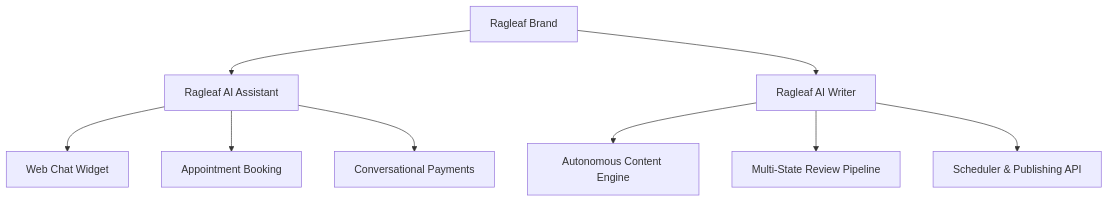
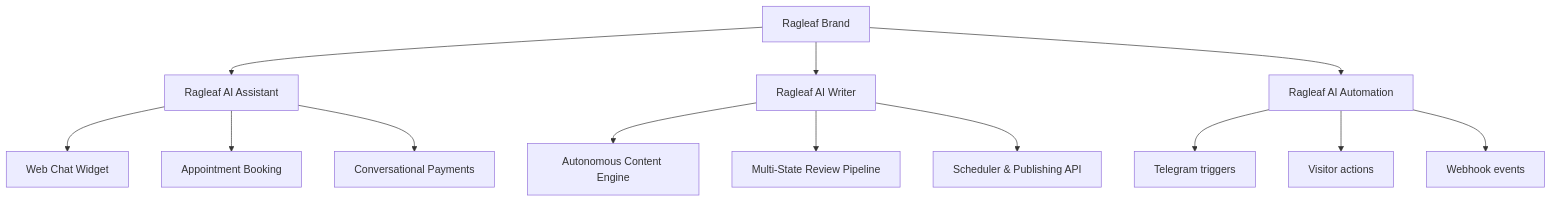
The first of 2 diagrams in docs/process/FUTURE-PLANS.md (caglarbilgehan/ragleaf), drawn with Mermaid before and after one commit. The commit also changed other lines of this file and 153 other files, not shown here.

````diff
--- a/docs/process/FUTURE-PLANS.md
+++ b/docs/process/FUTURE-PLANS.md
@@ -9,13 +9,18 @@
 ```mermaid
 graph TD
     R[Ragleaf Brand] --> A[Ragleaf AI Assistant]
     R --> W[Ragleaf AI Writer]
+    R --> AU[Ragleaf AI Automation]
     
     A --> A1[Web Chat Widget]
     A --> A2[Appointment Booking]
     A --> A3[Conversational Payments]
     
     W --> W1[Autonomous Content Engine]
     W --> W2[Multi-State Review Pipeline]
     W --> W3[Scheduler & Publishing API]
+
+    AU --> AU1[Telegram triggers]
+    AU --> AU2[Visitor actions]
+    AU --> AU3[Webhook events]
 ```
````
